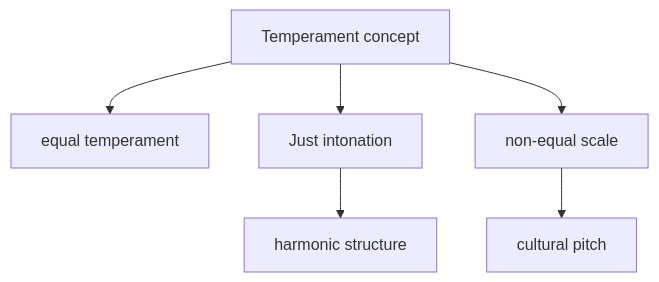
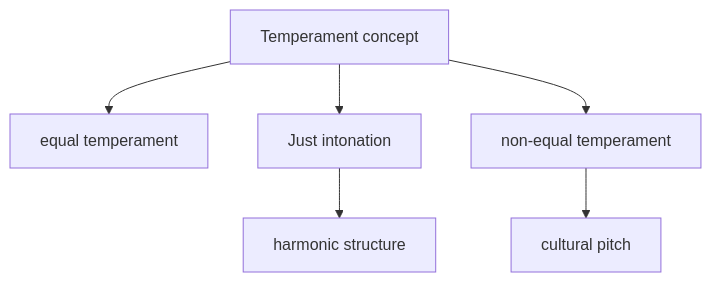
One commit to monumental-movement/monumental-movement.github.io changed the first of 2 diagrams in en/_posts/2025-12-17-column-microtonal-music.md. Above: the diagram before and after it, drawn with Mermaid. The commit also changed other lines of this file and 380 other files, not shown here.

```diff
--- a/en/_posts/2025-12-17-column-microtonal-music.md
+++ b/en/_posts/2025-12-17-column-microtonal-music.md
@@ -256,8 +256,8 @@
 <div class="mermaid">
 graph TD
 A[Temperament concept] --> B[equal temperament]
 A --> C[Just intonation]
-A --> D[non-equal scale]
+A --> D[non-equal temperament]
 C --> E[harmonic structure]
 D --> F[cultural pitch]
 </div>
```
